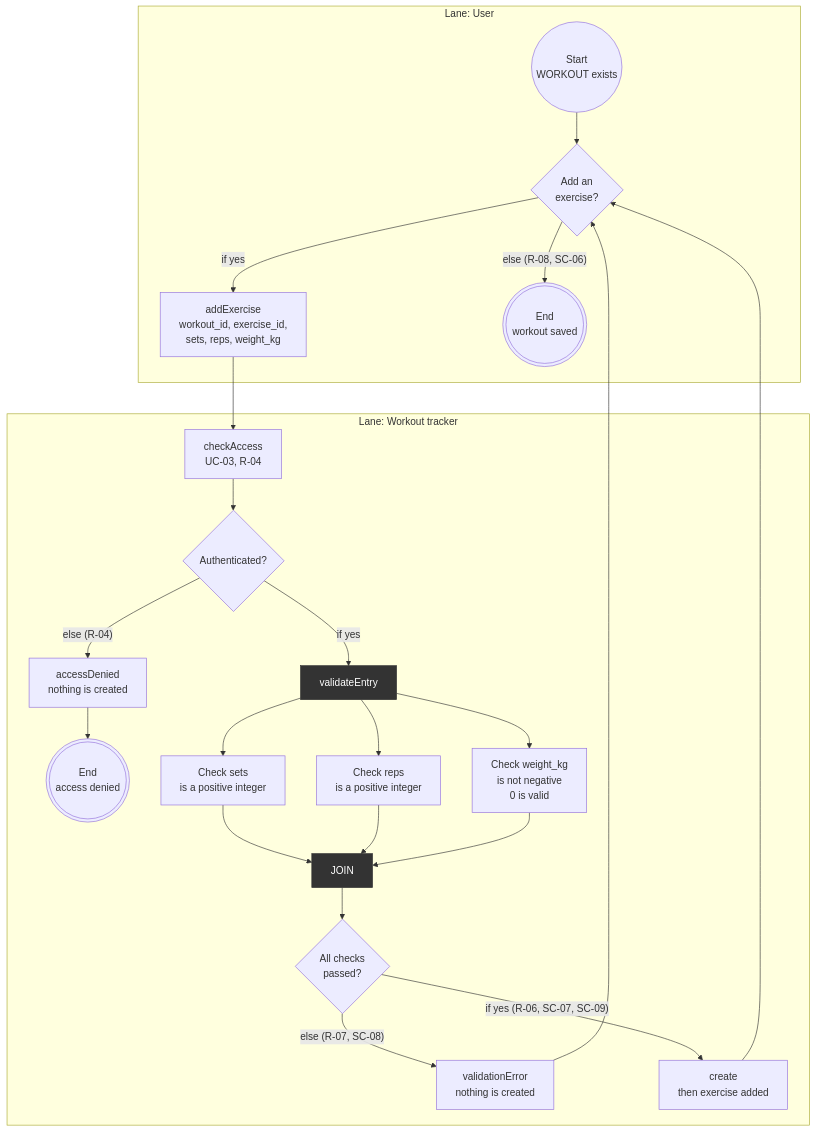
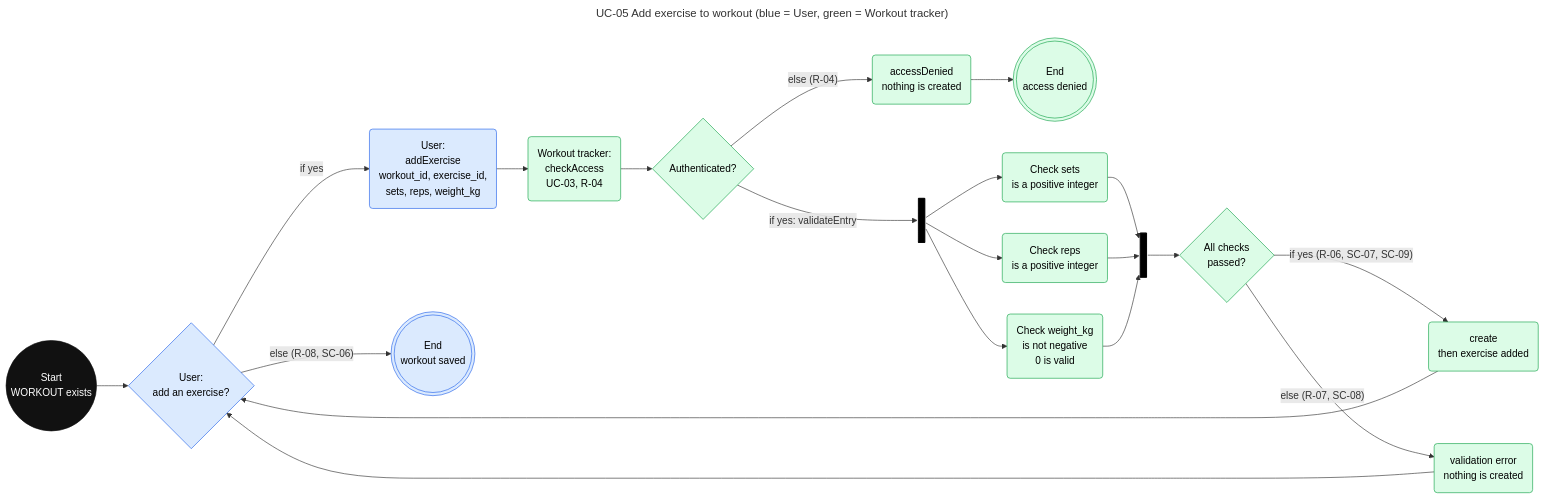
One commit to setlors/kpi-2 changed the diagram in task-4/activity-diagram.mmd. Above: the diagram before and after it, drawn with Mermaid. The commit also changed 1 other file, not shown here.

Commit message:
update diagram (final)

```diff
--- a/task-4/activity-diagram.mmd
+++ b/task-4/activity-diagram.mmd
@@ -1,45 +1,50 @@
-flowchart TB
-    subgraph USER["Lane: User"]
-        S0(("Start<br/>WORKOUT exists"))
-        D1{"Add an<br/>exercise?"}
-        A2["addExercise<br/>workout_id, exercise_id,<br/>sets, reps, weight_kg"]
-        E1((("End<br/>workout saved")))
-    end
+---
+title: "UC-05 Add exercise to workout (blue = User, green = Workout tracker)"
+---
+flowchart LR
+    S0(("Start<br/>WORKOUT exists"))
+    D1{"User:<br/>add an exercise?"}
+    A2("User:<br/>addExercise<br/>workout_id, exercise_id,<br/>sets, reps, weight_kg")
+    E1((("End<br/>workout saved")))
 
-    subgraph WT["Lane: Workout tracker"]
-        A3["checkAccess<br/>UC-03, R-04"]
-        D4{"Authenticated?"}
-        A5["accessDenied<br/>nothing is created"]
-        E2((("End<br/>access denied")))
-        F6["validateEntry"]
-        A7a["Check sets<br/>is a positive integer"]
-        A7b["Check reps<br/>is a positive integer"]
-        A7c["Check weight_kg<br/>is not negative<br/>0 is valid"]
-        J8["JOIN"]
-        D9{"All checks<br/>passed?"}
-        A10["validationError<br/>nothing is created"]
-        A11["create<br/>then exercise added"]
-    end
+    A3("Workout tracker:<br/>checkAccess<br/>UC-03, R-04")
+    D4{"Authenticated?"}
+    A5("accessDenied<br/>nothing is created")
+    E2((("End<br/>access denied")))
+    F6@{ shape: fork, label: " " }
+    A7a("Check sets<br/>is a positive integer")
+    A7b("Check reps<br/>is a positive integer")
+    A7c("Check weight_kg<br/>is not negative<br/>0 is valid")
+    J8@{ shape: join, label: " " }
+    D9{"All checks<br/>passed?"}
+    A10("validation error<br/>nothing is created")
+    A11("create<br/>then exercise added")
 
     S0 --> D1
     D1 -- "if yes" --> A2
     D1 -- "else (R-08, SC-06)" --> E1
     A2 --> A3
     A3 --> D4
-    D4 -- "if yes" --> F6
+    D4 -- "if yes: validateEntry" --> F6
     D4 -- "else (R-04)" --> A5
     A5 --> E2
     F6 --> A7a
     F6 --> A7b
     F6 --> A7c
     A7a --> J8
     A7b --> J8
     A7c --> J8
     J8 --> D9
     D9 -- "if yes (R-06, SC-07, SC-09)" --> A11
     D9 -- "else (R-07, SC-08)" --> A10
     A10 --> D1
     A11 --> D1
 
-    classDef bar fill:#333,stroke:#333,color:#fff;
+    classDef user fill:#dbeafe,stroke:#2563eb,color:#000;
+    classDef wt fill:#dcfce7,stroke:#16a34a,color:#000;
+    classDef start fill:#111,stroke:#111,color:#fff;
+    classDef bar fill:#000,stroke:#000;
+    class S0 start;
     class F6,J8 bar;
+    class D1,A2,E1 user;
+    class A3,D4,A5,E2,A7a,A7b,A7c,D9,A10,A11 wt;
```
